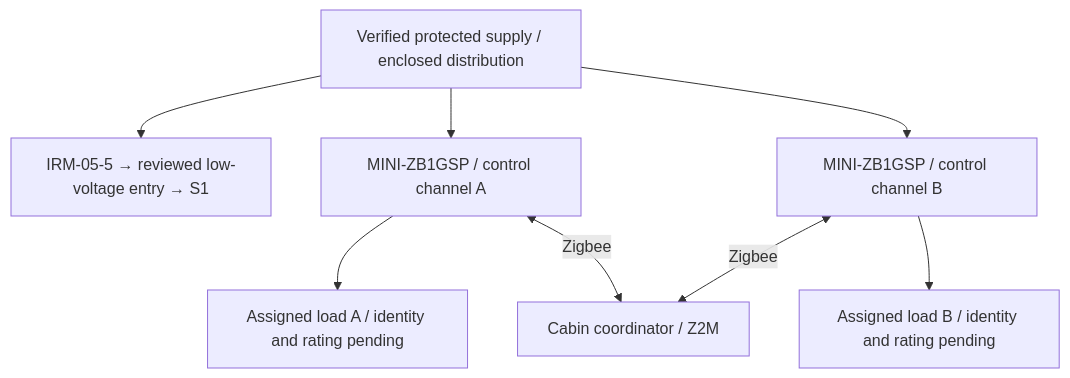
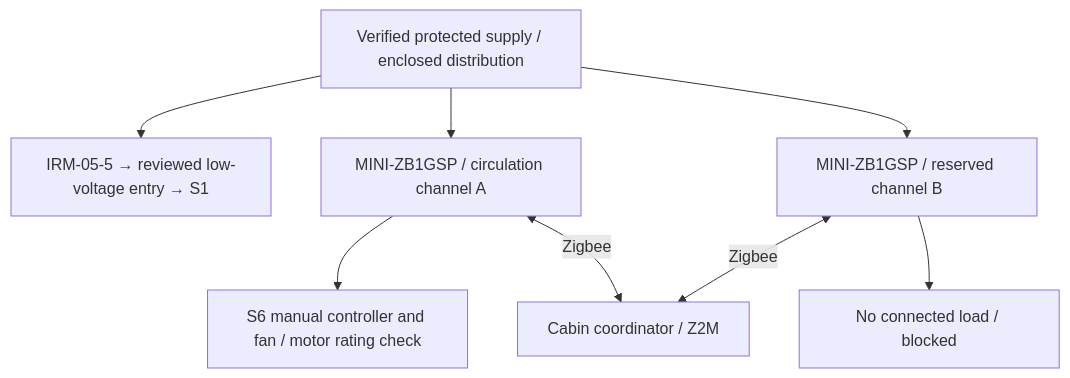
Before and after one commit to ImpressiveLLC/FaceoftheCabin: the fourth of 7 diagrams in docs/hardware/doc27-schematics.md, drawn with Mermaid. The commit also changed other lines of this file and 6 other files, not shown here.

````diff
--- a/docs/hardware/doc27-schematics.md
+++ b/docs/hardware/doc27-schematics.md
@@ -92,10 +92,10 @@
 ```mermaid
 flowchart TB
   FEED[Verified protected supply / enclosed distribution] --> PSU[IRM-05-5 → reviewed low-voltage entry → S1]
-  FEED --> A[MINI-ZB1GSP / control channel A]
-  FEED --> B[MINI-ZB1GSP / control channel B]
-  A --> LA[Assigned load A / identity and rating pending]
-  B --> LB[Assigned load B / identity and rating pending]
+  FEED --> A[MINI-ZB1GSP / circulation channel A]
+  FEED --> B[MINI-ZB1GSP / reserved channel B]
+  A --> LA[S6 manual controller and fan / motor rating check]
+  B --> LB[No connected load / blocked]
   A <-->|Zigbee| Z[Cabin coordinator / Z2M]
   B <-->|Zigbee| Z
 ```
````
